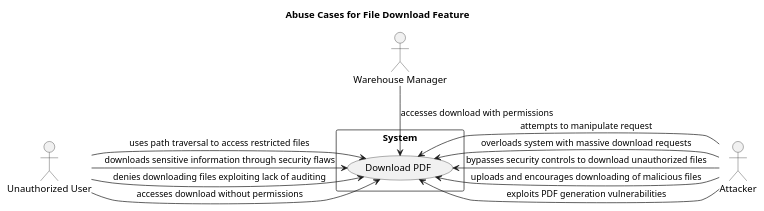
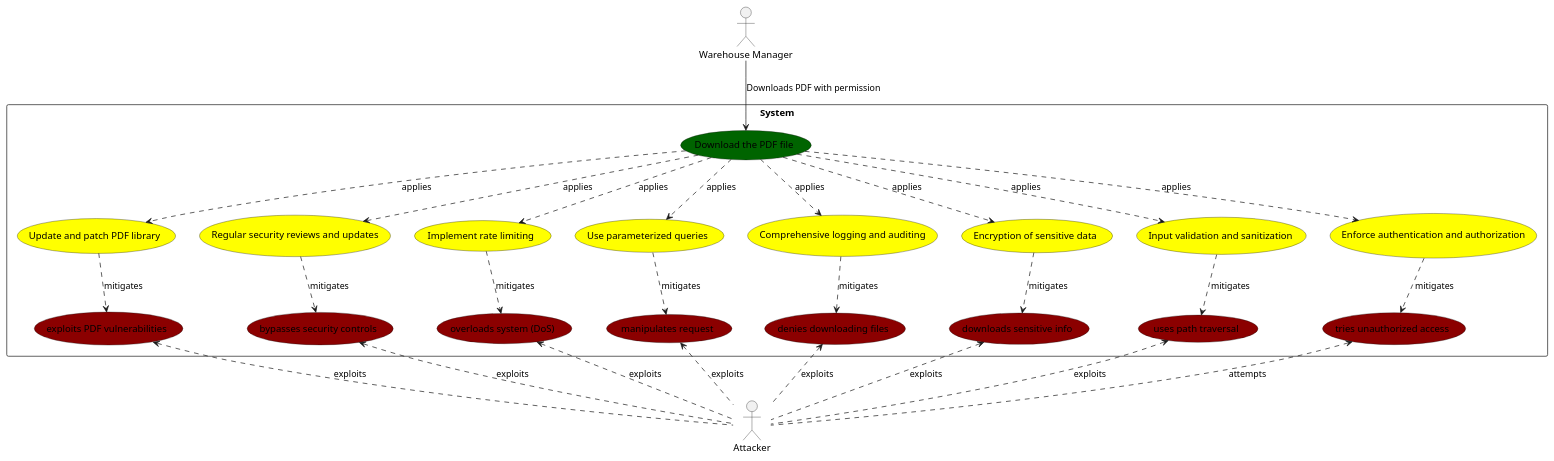
The diagram in Deliverables/delivery/diagrams/Delivery_Abuse_Case.puml (pedrofern/desofs2024_M1A_1), drawn with PlantUML before and after one commit. The commit also changed 2 other files, not shown here.

Commit message:
#4 Update delivery abuse cases

```diff
--- a/Deliverables/delivery/diagrams/Delivery_Abuse_Case.puml
+++ b/Deliverables/delivery/diagrams/Delivery_Abuse_Case.puml
@@ -1,27 +1,62 @@
 @startuml
 
-title Abuse Cases for File Download Feature
-
-' Define actors
 actor "Warehouse Manager" as WM
-actor "Unauthorized User" as UU
 actor "Attacker" as A
 
-' Define system
+' Define system boundary
 rectangle System {
-  usecase "Download PDF" as DP
+    usecase "Download the PDF file" as FILE #darkgreen
+
+    usecase "tries unauthorized access" as V1 #darkred
+    usecase "uses path traversal" as V2 #darkred
+    usecase "downloads sensitive info" as V3 #darkred
+    usecase "denies downloading files" as V4 #darkred
+    usecase "manipulates request" as V5 #darkred
+    usecase "overloads system (DoS)" as V6 #darkred
+    usecase "bypasses security controls" as V7 #darkred
+    usecase "exploits PDF vulnerabilities" as V8 #darkred
+
+    usecase "Enforce authentication and authorization" as S1 #yellow
+    usecase "Input validation and sanitization" as S2 #yellow
+    usecase "Encryption of sensitive data" as S3 #yellow
+    usecase "Comprehensive logging and auditing" as S4 #yellow
+    usecase "Use parameterized queries" as S5 #yellow
+    usecase "Implement rate limiting" as S6 #yellow
+    usecase "Regular security reviews and updates" as S7 #yellow
+    usecase "Update and patch PDF library" as S8 #yellow
 }
 
-WM -down-> DP : "accesses download with permissions"
-UU -right-> DP : "accesses download without permissions"
-UU -right-> DP : "uses path traversal to access restricted files"
-UU -right-> DP : "downloads sensitive information through security flaws"
-UU -right-> DP : "denies downloading files exploiting lack of auditing"
+' Actions and interactions
+WM -down-> FILE : "Downloads PDF with permission"
 
-A -left-> DP : "attempts to manipulate request"
-A -left-> DP : "overloads system with massive download requests"
-A -left-> DP : "uploads and encourages downloading of malicious files"
-A -left-> DP : "bypasses security controls to download unauthorized files"
-A -left-> DP : "exploits PDF generation vulnerabilities"
+' Connecting security measures to the download usecase
+FILE .down.> S1 : "applies"
+FILE .down.> S2 : "applies"
+FILE .down.> S3 : "applies"
+FILE .down.> S4 : "applies"
+FILE .down.> S5 : "applies"
+FILE .down.> S6 : "applies"
+FILE .down.> S7 : "applies"
+FILE .down.> S8 : "applies"
+
+' Abuse cases actions and mitigations
+A .up.> V1 : "attempts"
+A .up.> V2 : "exploits"
+A .up.> V3 : "exploits"
+A .up.> V4 : "exploits"
+A .up.> V5 : "exploits"
+A .up.> V6 : "exploits"
+A .up.> V7 : "exploits"
+A .up.> V8 : "exploits"
+
+' Connecting mitigations to vulnerabilities
+S1 .down.> V1 : "mitigates"
+S2 .down.> V2 : "mitigates"
+S3 .down.> V3 : "mitigates"
+S4 .down.> V4 : "mitigates"
+S5 .down.> V5 : "mitigates"
+S6 .down.> V6 : "mitigates"
+S7 .down.> V7 : "mitigates"
+S8 .down.> V8 : "mitigates"
 
 @enduml
```
